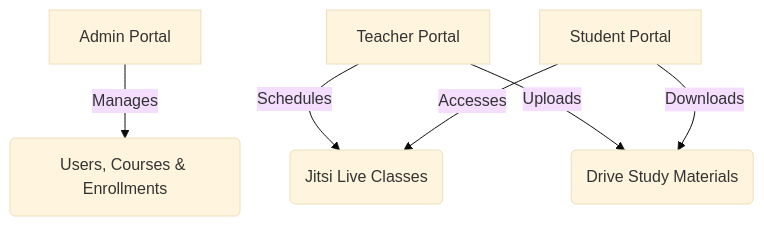
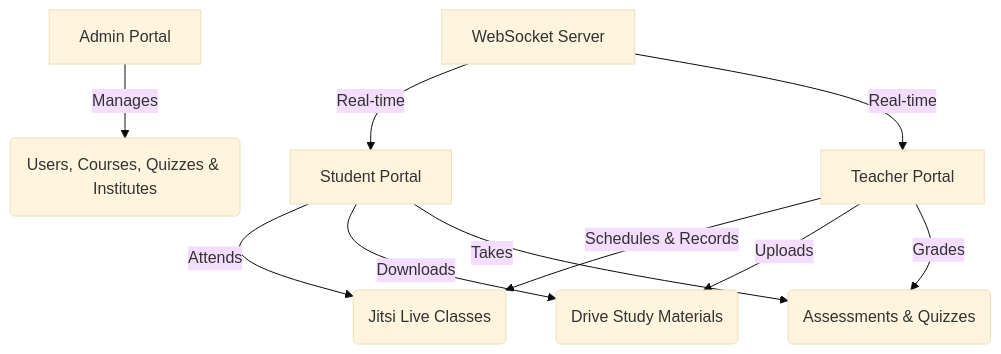
One commit to rameshchavan07/smart-lms changed the diagram in README.md. Above: the diagram before and after it, drawn with Mermaid (base theme). The commit also changed other lines of this file and 4 other files, not shown here.

Commit message:
feat: enhance README with key features, project architecture, and role-based access control; add project analysis and rating documents fix: improve error handling in MaterialsTab and StudentsTab for file upload and student unenrollment

````diff
--- a/README.md
+++ b/README.md
@@ -56,8 +59,12 @@
 ```mermaid
 graph TD
-    A[Admin Portal] -->|Manages| B(Users, Courses & Enrollments)
-    C[Teacher Portal] -->|Schedules| D(Jitsi Live Classes)
+    A[Admin Portal] -->|Manages| B(Users, Courses, Quizzes & Institutes)
+    C[Teacher Portal] -->|Schedules & Records| D(Jitsi Live Classes)
     C -->|Uploads| E(Drive Study Materials)
-    F[Student Portal] -->|Accesses| D
+    F[Student Portal] -->|Attends| D
     F -->|Downloads| E
+    F -->|Takes| G(Assessments & Quizzes)
+    C -->|Grades| G
+    H[WebSocket Server] -->|Real-time| F
+    H -->|Real-time| C
 ```
````
